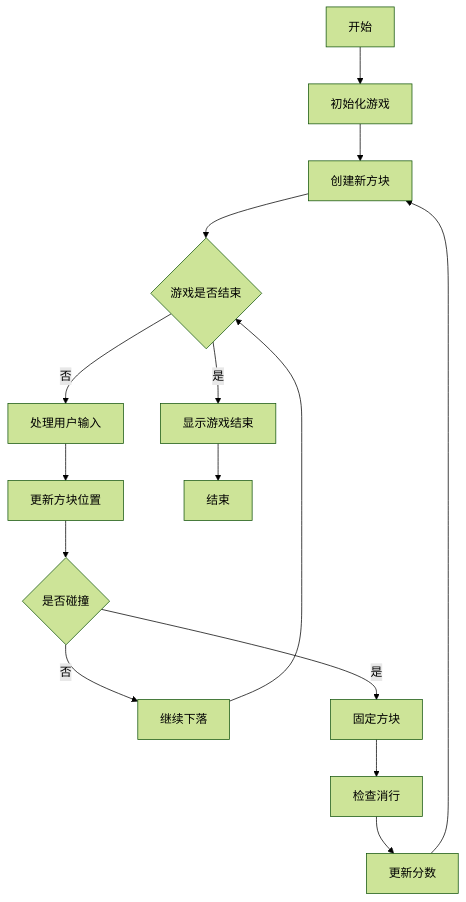
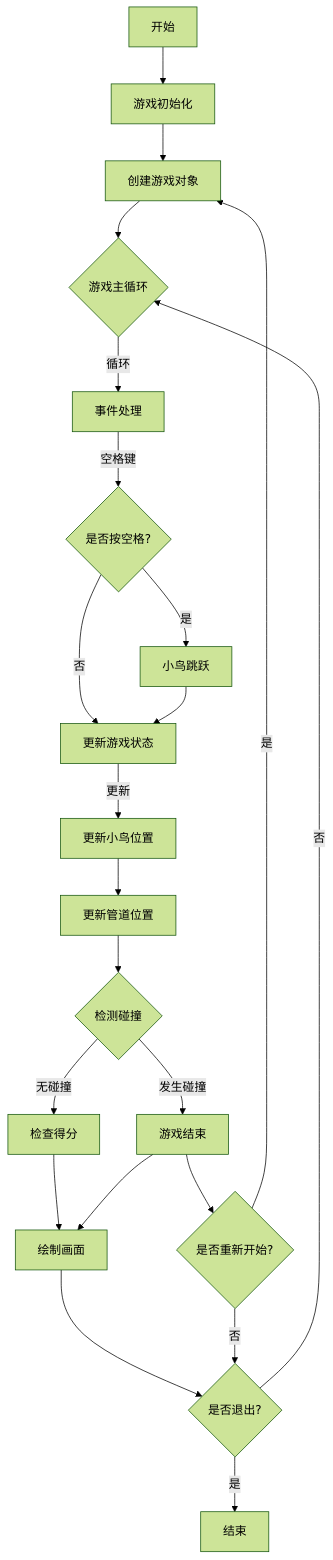
One commit to may3rr/iodraw-files changed the diagram in all/未命名-3.md. Above: the diagram before and after it, drawn with Mermaid (forest theme).

Commit message:
2024-11-11 20:30:02 update

````diff
--- a/all/未命名-3.md
+++ b/all/未命名-3.md
@@ -1,17 +1,31 @@
 ```mermaid
 flowchart TD
-    A[开始] --> B[初始化游戏]
-    B --> C[创建新方块]
-    C --> D{游戏是否结束}
-    D -- 否 --> E[处理用户输入]
-    E --> F[更新方块位置]
-    F --> G{是否碰撞}
-    G -- 否 --> H[继续下落]
-    G -- 是 --> I[固定方块]
-    I --> J[检查消行]
-    J --> K[更新分数]
-    K --> C
-    D -- 是 --> L[显示游戏结束]
-    L --> M[结束]
-    H --> D
+    Start[开始] --> Init[游戏初始化]
+    Init --> CreateObjects[创建游戏对象]
+    CreateObjects --> GameLoop{游戏主循环}
+    
+    GameLoop --> |循环| EventHandle[事件处理]
+    EventHandle --> |空格键| JumpControl{是否按空格?}
+    
+    JumpControl --> |是| BirdJump[小鸟跳跃]
+    JumpControl --> |否| UpdateState[更新游戏状态]
+    BirdJump --> UpdateState
+    
+    UpdateState --> |更新| UpdateBird[更新小鸟位置]
+    UpdateBird --> UpdatePipes[更新管道位置]
+    UpdatePipes --> CheckCollision{检测碰撞}
+    
+    CheckCollision --> |无碰撞| CheckScore[检查得分]
+    CheckCollision --> |发生碰撞| GameOver[游戏结束]
+    
+    CheckScore --> Draw[绘制画面]
+    GameOver --> Draw
+    
+    Draw --> CheckQuit{是否退出?}
+    CheckQuit --> |否| GameLoop
+    CheckQuit --> |是| End[结束]
+    
+    GameOver --> CheckRestart{是否重新开始?}
+    CheckRestart --> |是| CreateObjects
+    CheckRestart --> |否| CheckQuit
 ```
````
